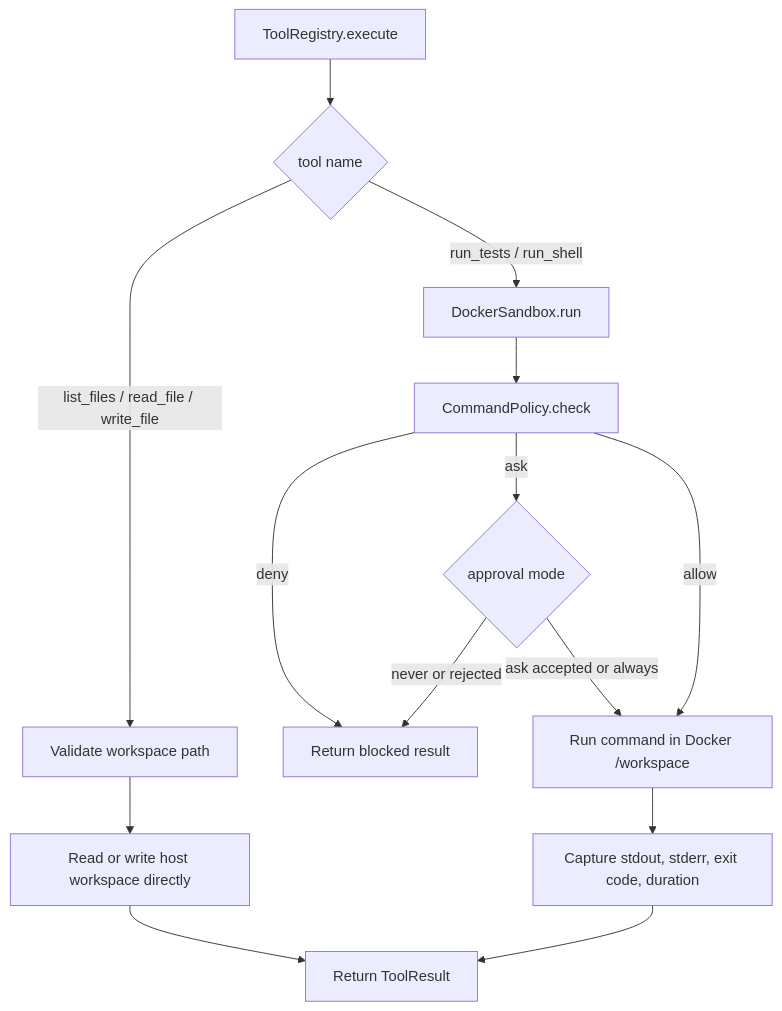
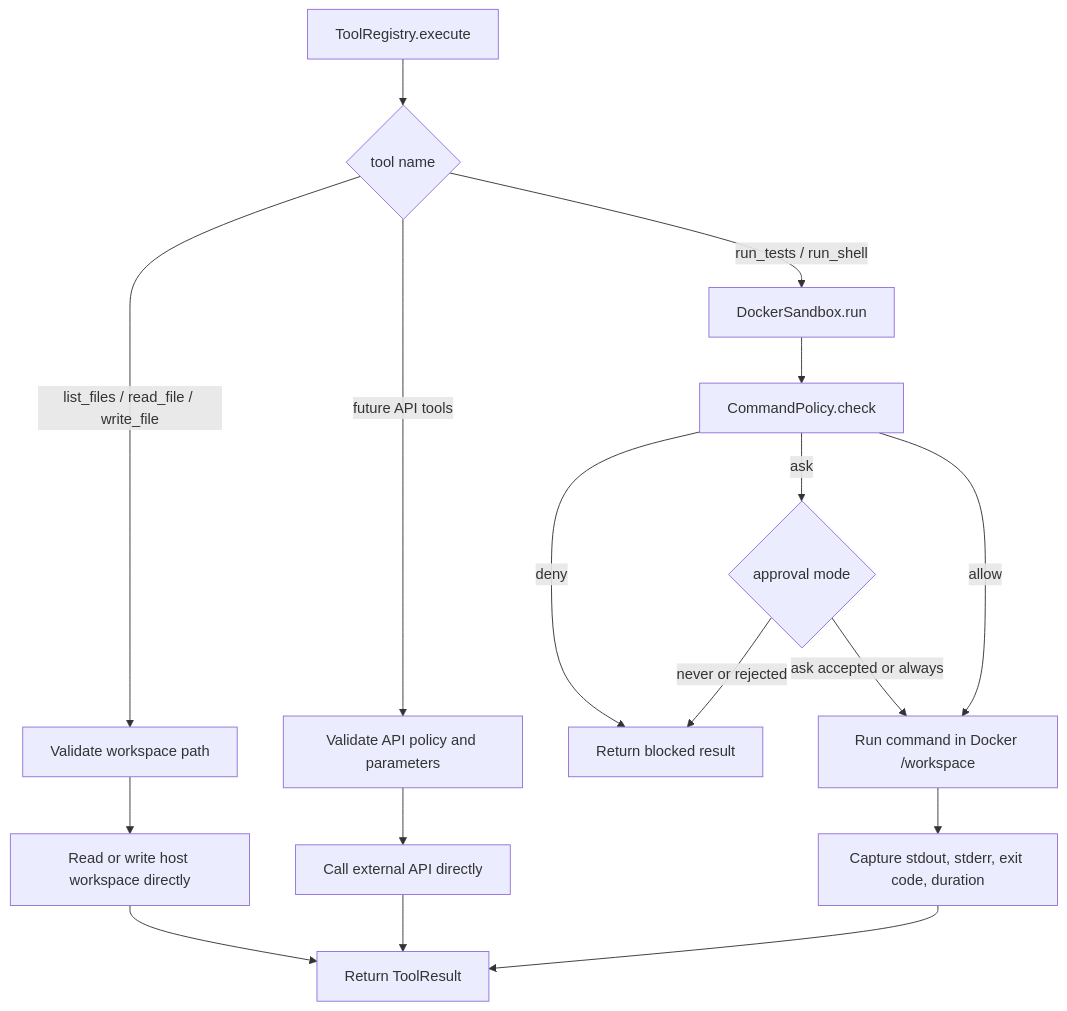
One commit to Cachuela11/MiniCode changed the second of 2 diagrams in README.md. Above: the diagram before and after it, drawn with Mermaid. The commit also changed other lines of this file, not shown here.

````diff
--- a/README.md
+++ b/README.md
@@ -53,16 +47,19 @@
 ```mermaid
 flowchart TD
     A[ToolRegistry.execute] --> B{tool name}
     B -->|list_files / read_file / write_file| C[Validate workspace path]
     C --> D[Read or write host workspace directly]
-    D --> E[Return ToolResult]
-    B -->|run_tests / run_shell| F[DockerSandbox.run]
-    F --> G[CommandPolicy.check]
-    G -->|deny| H[Return blocked result]
-    G -->|ask| I{approval mode}
-    I -->|never or rejected| H
-    I -->|ask accepted or always| J[Run command in Docker /workspace]
-    G -->|allow| J
-    J --> K[Capture stdout, stderr, exit code, duration]
-    K --> E
+    D --> Z[Return ToolResult]
+    B -->|future API tools| E[Validate API policy and parameters]
+    E --> F[Call external API directly]
+    F --> Z
+    B -->|run_tests / run_shell| G[DockerSandbox.run]
+    G --> H[CommandPolicy.check]
+    H -->|deny| I[Return blocked result]
+    H -->|ask| J{approval mode}
+    J -->|never or rejected| I
+    J -->|ask accepted or always| K[Run command in Docker /workspace]
+    H -->|allow| K
+    K --> L[Capture stdout, stderr, exit code, duration]
+    L --> Z
 ```
````
